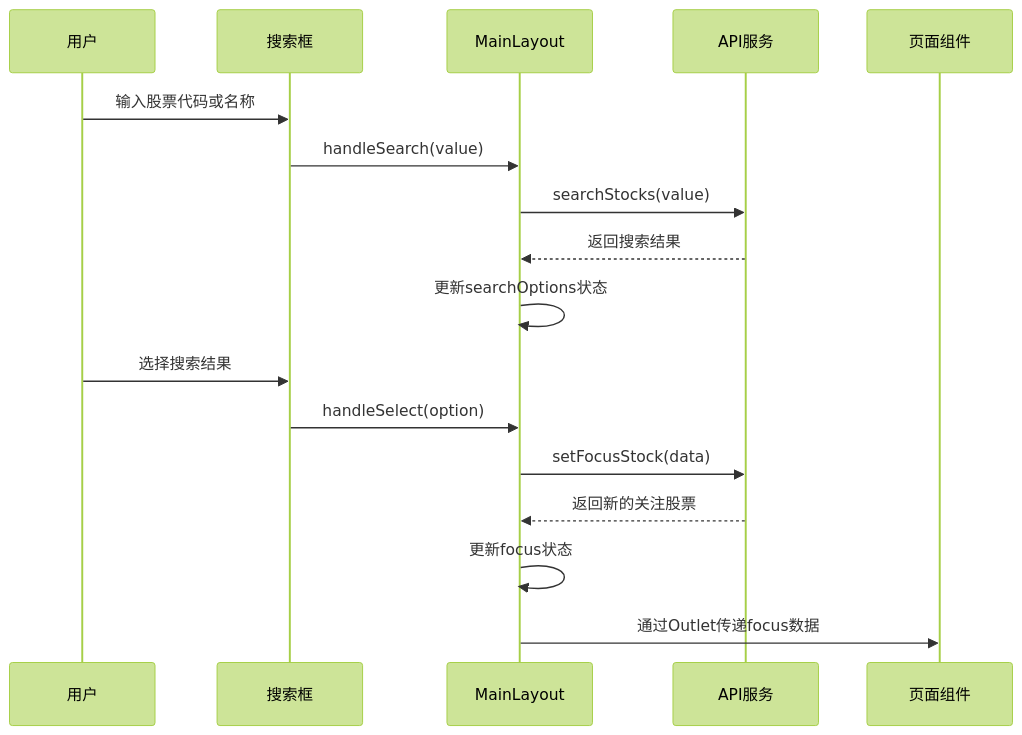
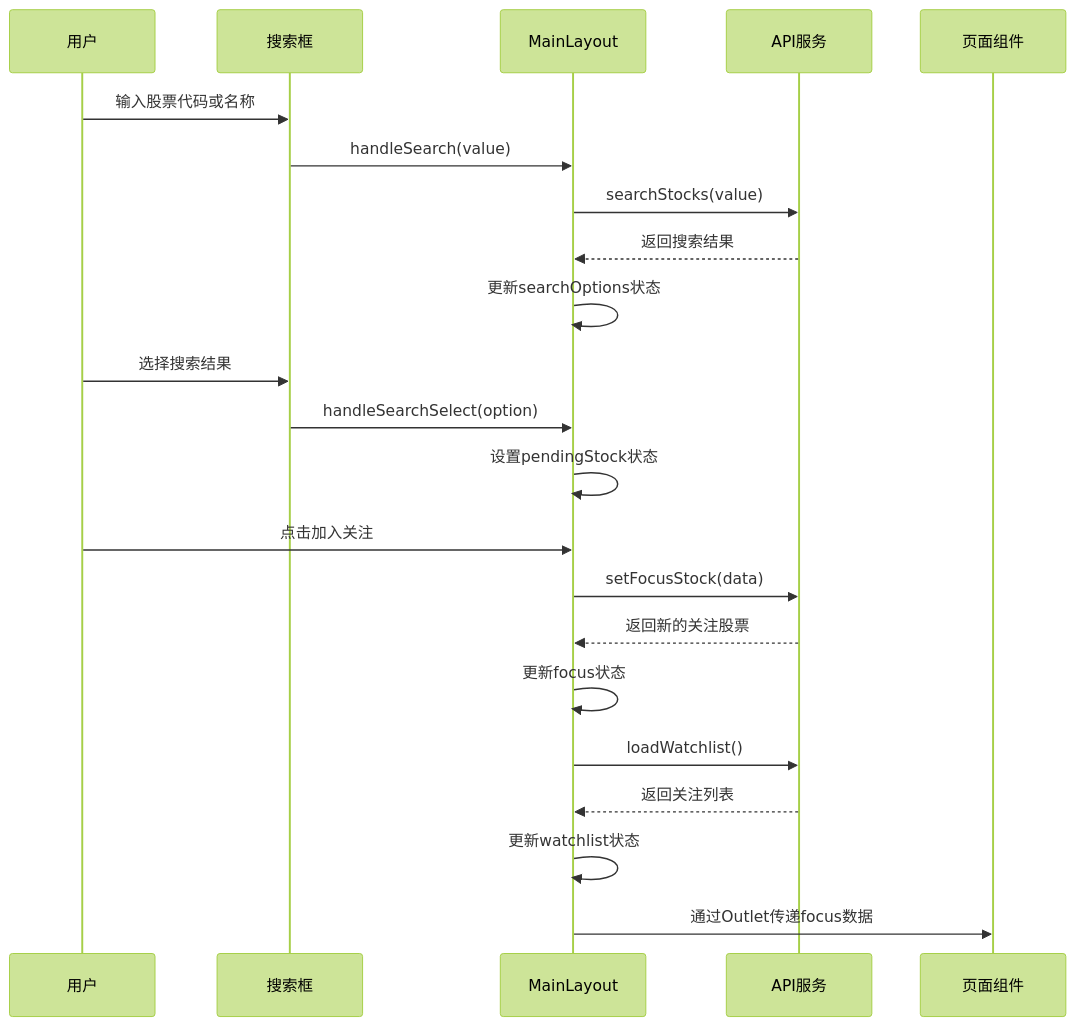
Before and after one commit to Moruime/stock_foker: the fourth of 13 diagrams in .qoder/repowiki/zh/content/前端组件/布局组件.md, drawn with Mermaid (forest theme). The commit also changed other lines of this file and 22 other files, not shown here.

````diff
--- a/.qoder/repowiki/zh/content/前端组件/布局组件.md
+++ b/.qoder/repowiki/zh/content/前端组件/布局组件.md
@@ -182,19 +213,24 @@
 ```mermaid
 sequenceDiagram
 participant U as 用户
 participant S as 搜索框
 participant L as MainLayout
 participant A as API服务
 participant P as 页面组件
 U->>S : 输入股票代码或名称
 S->>L : handleSearch(value)
 L->>A : searchStocks(value)
 A-->>L : 返回搜索结果
 L->>L : 更新searchOptions状态
 U->>S : 选择搜索结果
-S->>L : handleSelect(option)
+S->>L : handleSearchSelect(option)
+L->>L : 设置pendingStock状态
+U->>L : 点击加入关注
 L->>A : setFocusStock(data)
 A-->>L : 返回新的关注股票
 L->>L : 更新focus状态
+L->>A : loadWatchlist()
+A-->>L : 返回关注列表
+L->>L : 更新watchlist状态
 L->>P : 通过Outlet传递focus数据
 ```
````
